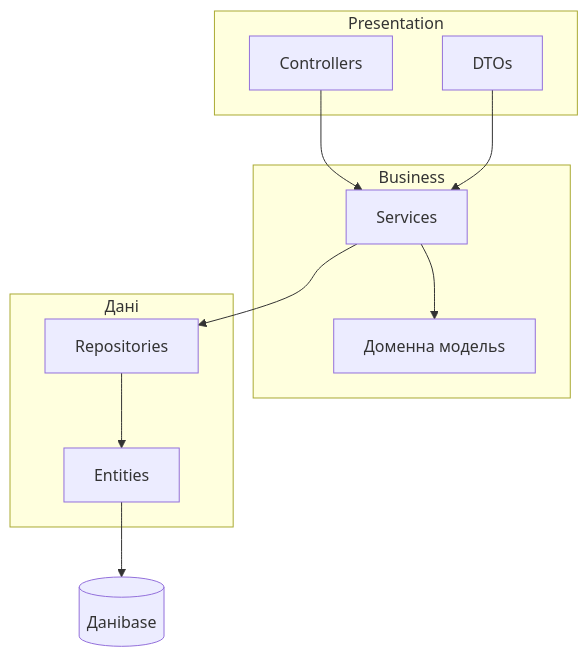
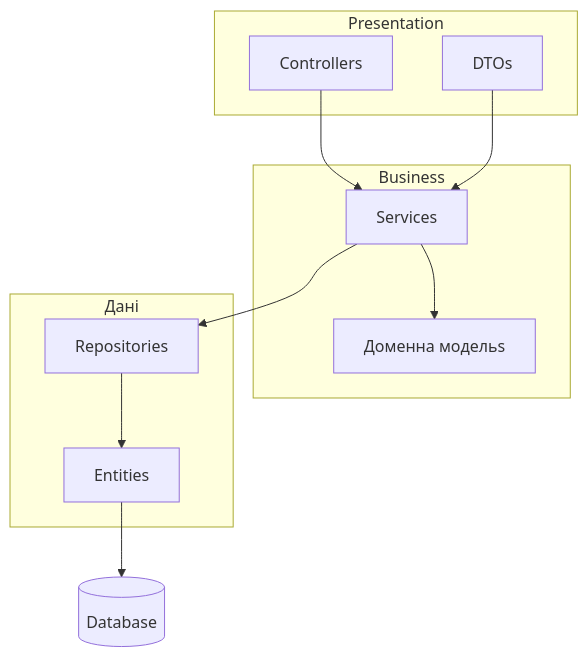
Before and after one commit to olroi421/course-tprmr: the fifth of 5 diagrams in presentation-01.md, drawn with Mermaid. The commit also changed other lines of this file and 2 other files, not shown here.

````diff
--- a/presentation-01.md
+++ b/presentation-01.md
@@ -882,24 +805,24 @@
 ```mermaid
 graph TB
     subgraph Presentation
         A[Controllers]
         B[DTOs]
     end
-    
+
     subgraph Business
         C[Services]
         D[Доменна модельs]
     end
-    
+
     subgraph Дані
         E[Repositories]
         F[Entities]
     end
-    
+
     A --> C
     B --> C
     C --> D
     C --> E
     E --> F
-    F --> G[(Даніbase)]
+    F --> G[(Database)]
 ```
````
